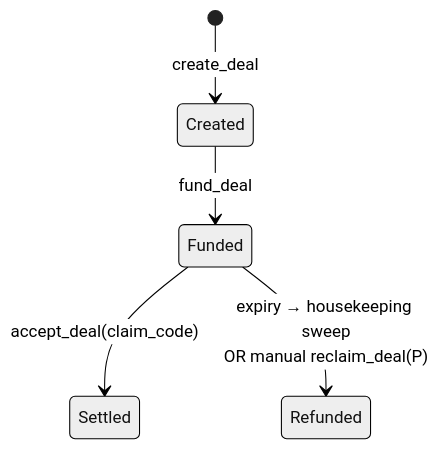
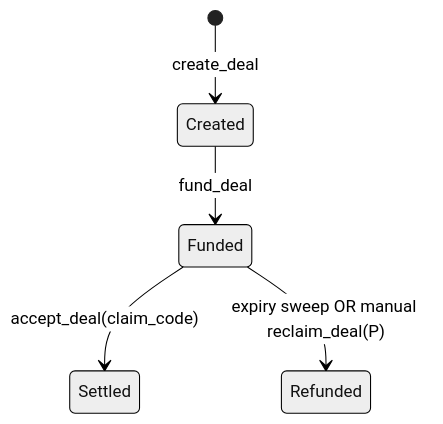
One commit to AntonioVentilii/escrow changed the second of 2 diagrams in docs/flows/tip.md. Above: the diagram before and after it, drawn with Mermaid (neutral theme). The commit also changed 2 other files, not shown here.

Commit message:
fix(docs): mermaid sequence-diagram parse error in payer-creator and recipient-creator flows
GitHub's Mermaid renderer rejected the `<br/>` inline annotation
inside arrow messages (`R->>E: sign_yes(deal_id)<br/>(or accept_deal
— same effect)`) — `<br/>` is only allowed inside `Note over` text
and inside flowchart / state node labels, not inside the message
text of a `sequenceDiagram` arrow.

Moved the "(or accept_deal — same effect)" parenthetical from the
arrow message into the adjacent `Note over` line in both
`payer-creator.md` and `recipient-creator.md`, where `<br/>` is
supported.

Also defensively dropped `<br/>` from one stateDiagram-v2 transition
label in `tip.md` (`expiry → housekeeping sweep<br/>OR manual
reclaim_deal(P)`) — Mermaid's stateDiagram support for `<br/>` in
transition labels is inconsistent across renderers. Rewritten as a
single line: "expiry sweep OR manual reclaim_deal(P)".

The remaining `<br/>` usages across the docs/flows/ tree are all in
`Note over` text (sequenceDiagram) or node labels (flowchart),
which are well-supported.

No code changes.

````diff
--- a/docs/flows/tip.md
+++ b/docs/flows/tip.md
@@ -34,7 +34,7 @@
 ```mermaid
 stateDiagram-v2
     [*] --> Created: create_deal
     Created --> Funded: fund_deal
     Funded --> Settled: accept_deal(claim_code)
-    Funded --> Refunded: expiry → housekeeping sweep<br/>OR manual reclaim_deal(P)
+    Funded --> Refunded: expiry sweep OR manual reclaim_deal(P)
 ```
````
